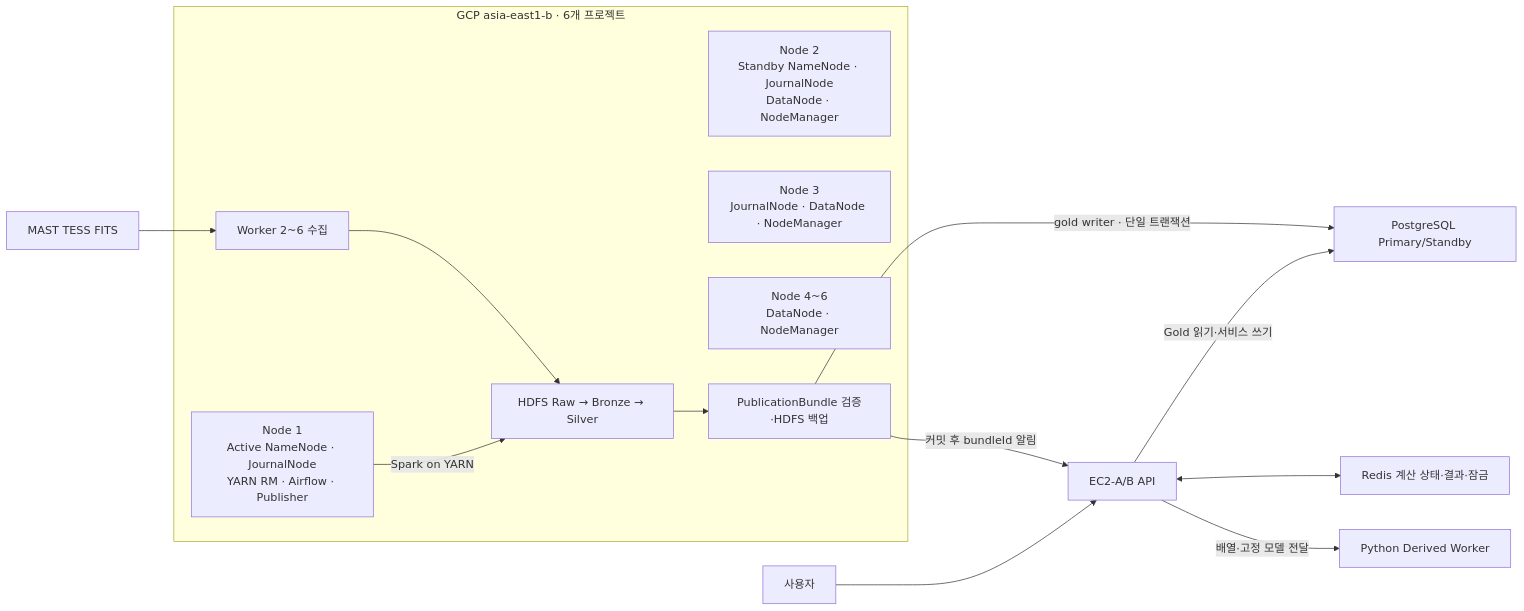
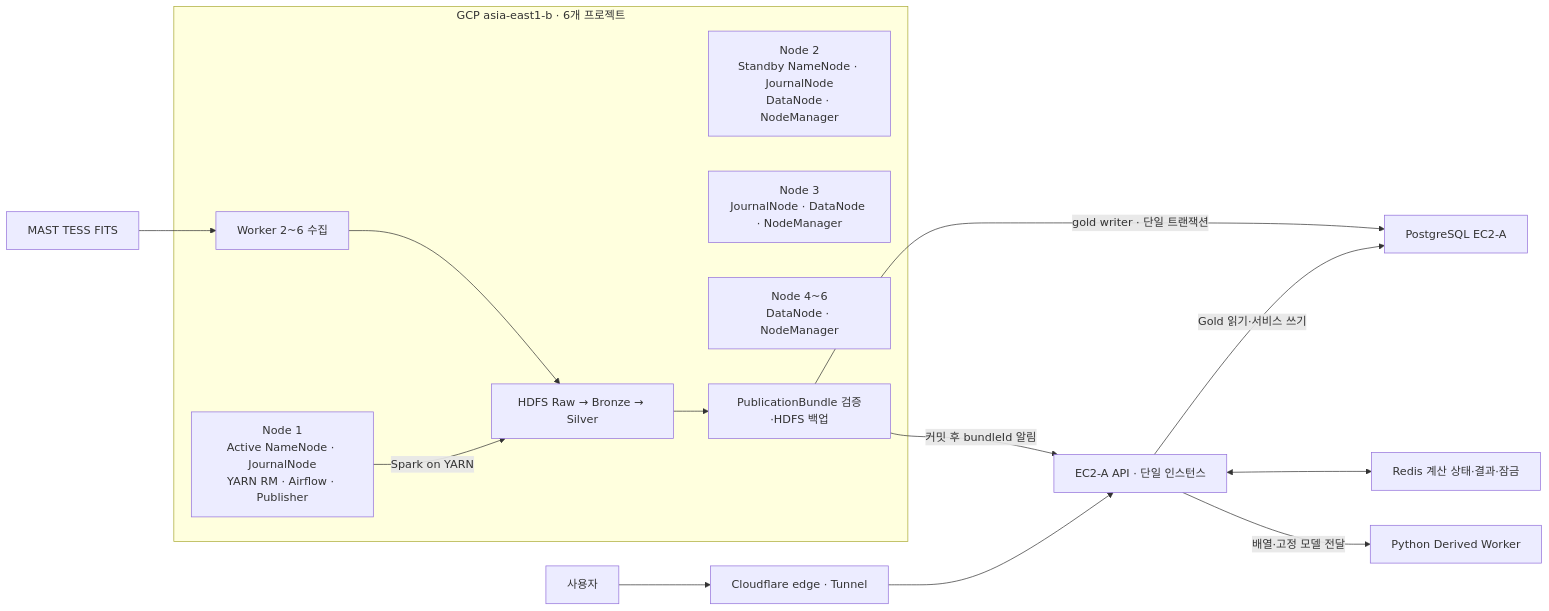
One commit to baekseunghak/planetory changed the diagram in docs/architecture/system-architecture.md. Above: the diagram before and after it, drawn with Mermaid. The commit also changed other lines of this file and 18 other files, not shown here.

````diff
--- a/docs/architecture/system-architecture.md
+++ b/docs/architecture/system-architecture.md
@@ -9,19 +9,20 @@
 ```mermaid
 flowchart LR
   SRC[MAST TESS FITS] --> ING[Worker 2~6 수집]
   subgraph GCP[GCP asia-east1-b · 6개 프로젝트]
     M[Node 1<br/>Active NameNode · JournalNode<br/>YARN RM · Airflow · Publisher]
     S[Node 2<br/>Standby NameNode · JournalNode<br/>DataNode · NodeManager]
     J[Node 3<br/>JournalNode · DataNode · NodeManager]
     W[Node 4~6<br/>DataNode · NodeManager]
     ING --> H[HDFS Raw → Bronze → Silver]
     M -->|Spark on YARN| H
     H --> P[PublicationBundle 검증·HDFS 백업]
   end
-  U[사용자] --> API[EC2-A/B API]
-  P -->|gold writer · 단일 트랜잭션| DB[PostgreSQL Primary/Standby]
+  U[사용자] --> CF[Cloudflare edge · Tunnel]
+  CF --> API[EC2-A API · 단일 인스턴스]
+  P -->|gold writer · 단일 트랜잭션| DB[PostgreSQL EC2-A]
   P -->|커밋 후 bundleId 알림| API
   API -->|Gold 읽기·서비스 쓰기| DB
   API <--> R[Redis 계산 상태·결과·잠금]
   API -->|배열·고정 모델 전달| WKR[Python Derived Worker]
 ```
````
